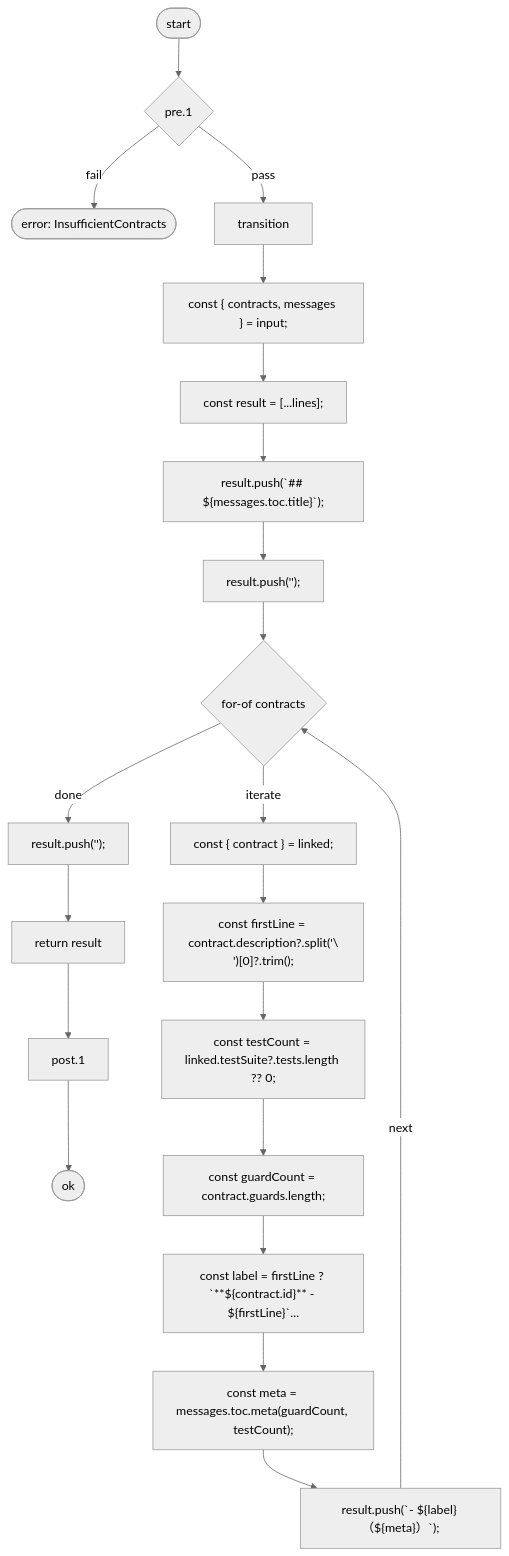
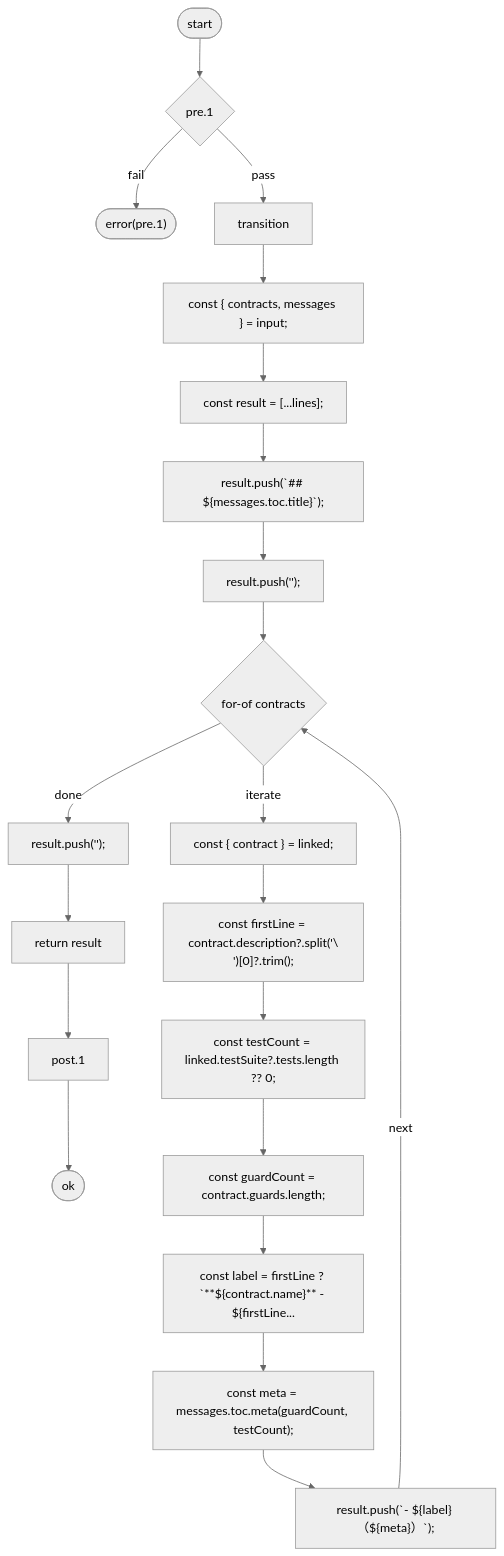
One commit to fyuuki0jp/seizu changed diagram 11 of 13 in packages/kata-cli/docs/contracts.md. Above: the diagram before and after it, drawn with Mermaid (neutral theme). The commit also changed other lines of this file and 78 other files, not shown here.

First line of the commit message:
Use contract name and label-based guards

````diff
--- a/packages/kata-cli/docs/contracts.md
+++ b/packages/kata-cli/docs/contracts.md
@@ -822,43 +822,43 @@
 ```mermaid
 flowchart TD
   n1(["start"])
   n2(["ok"])
   n3{"pre.1"}
-  n4(["error: InsufficientContracts"])
+  n4(["error(pre.1)"])
   n5["transition"]
   n6["const { contracts, messages } = input;"]
   n7["const result = [...lines];"]
   n8["result.push(`## ${messages.toc.title}`);"]
   n9["result.push('');"]
   n10{"for-of contracts"}
   n11["const { contract } = linked;"]
   n12["const firstLine = contract.description?.split('\\n')[0]?.trim();"]
   n13["const testCount = linked.testSuite?.tests.length ?? 0;"]
   n14["const guardCount = contract.guards.length;"]
-  n15["const label = firstLine ? `**${contract.id}** - ${firstLine}`..."]
+  n15["const label = firstLine ? `**${contract.name}** - ${firstLine..."]
   n16["const meta = messages.toc.meta(guardCount, testCount);"]
   n17["result.push(`- ${label} （${meta}）`);"]
   n18["result.push('');"]
   n19["return result"]
   n20["post.1"]
   n1 --> n3
   n3 -->|fail| n4
   n3 -->|pass| n5
   n5 --> n6
   n6 --> n7
   n7 --> n8
   n8 --> n9
   n9 --> n10
   n10 -->|iterate| n11
   n10 -->|done| n18
   n11 --> n12
   n12 --> n13
   n13 --> n14
   n14 --> n15
   n15 --> n16
   n16 --> n17
   n17 -->|next| n10
   n18 --> n19
   n19 --> n20
   n20 --> n2
 ```
````
